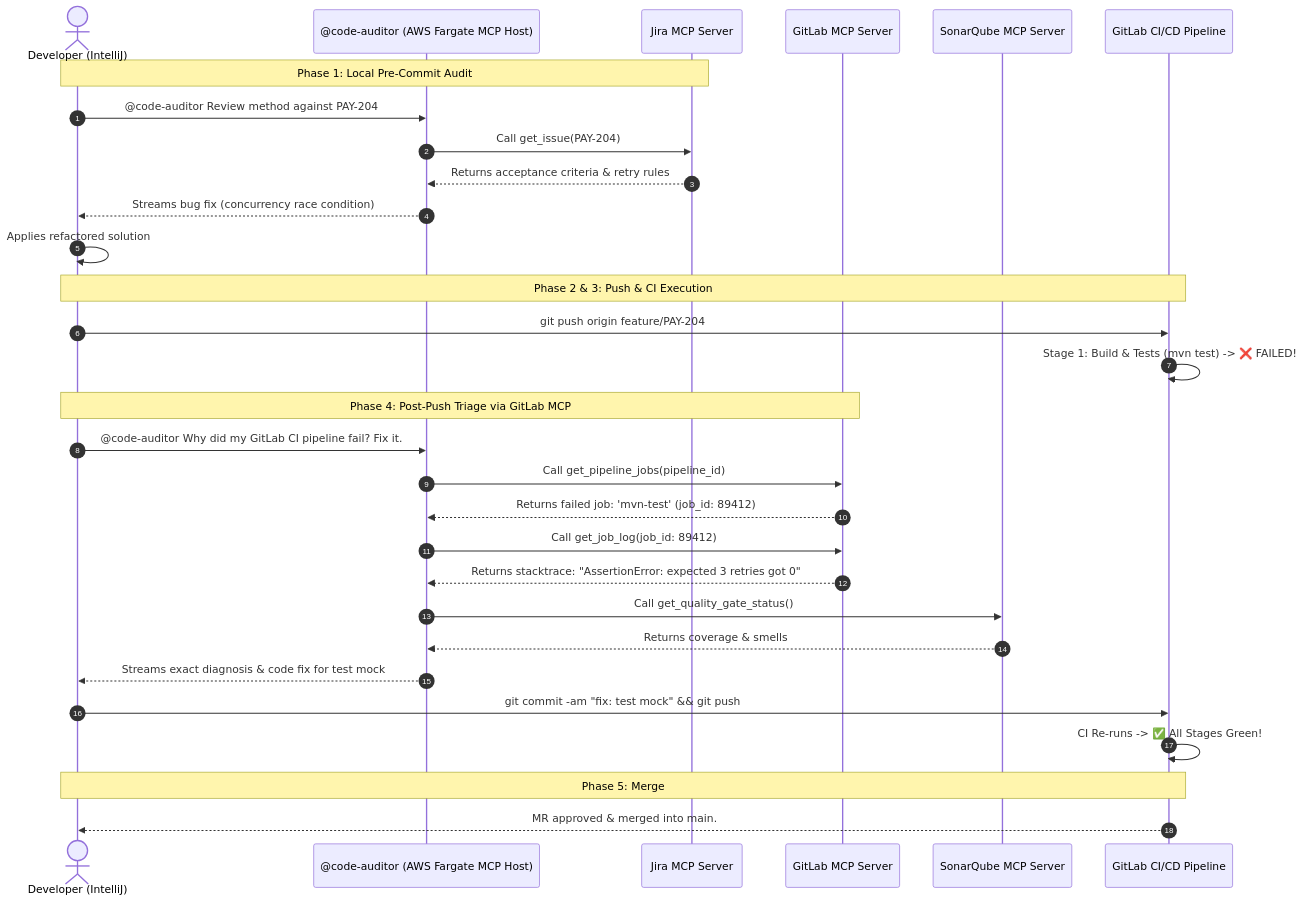
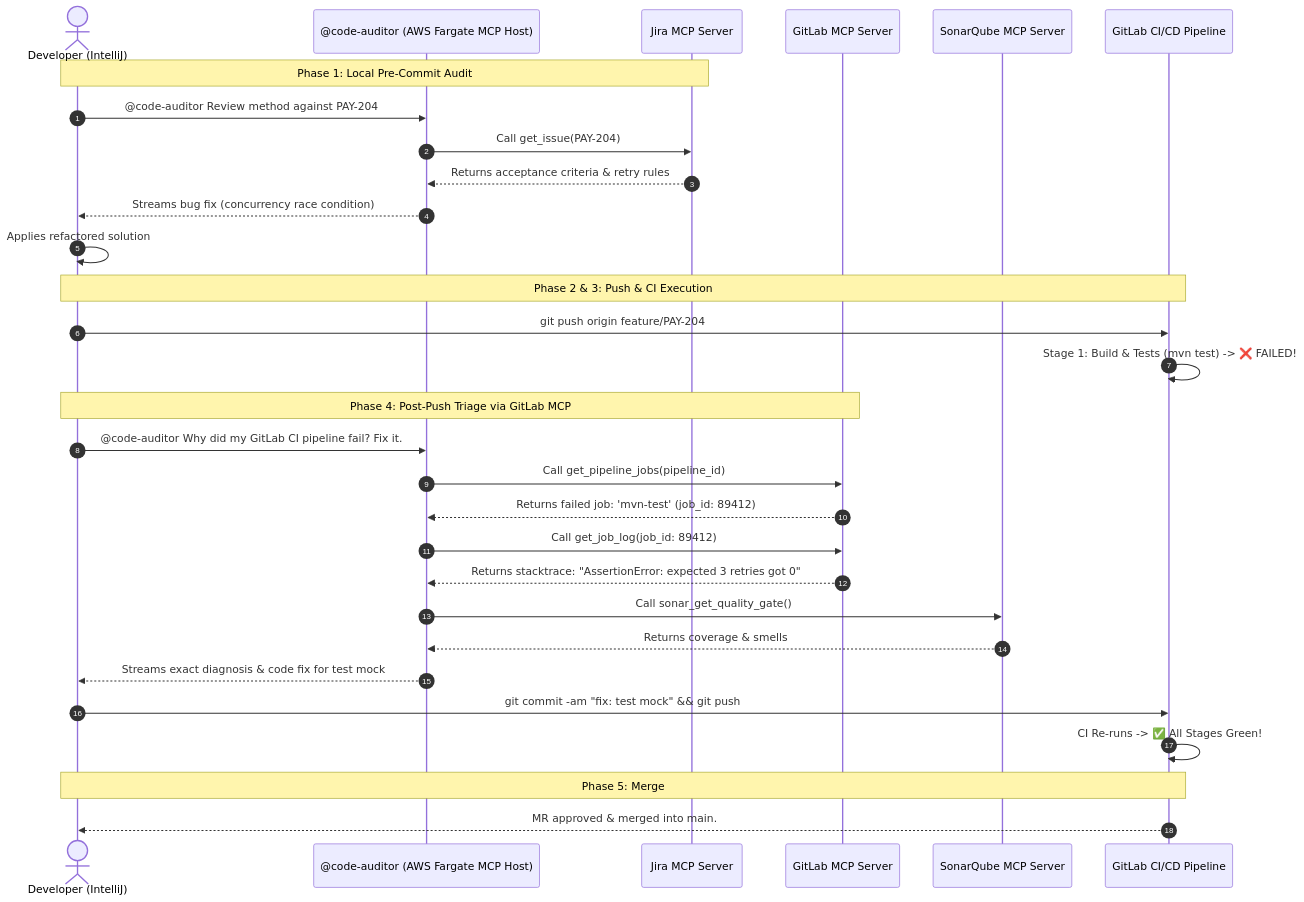
One commit to AtulKumarKatiyar/secure-rag-assistant changed the second of 3 diagrams in ENTERPRISE_MCP_CODE_AUDITOR.md. Above: the diagram before and after it, drawn with Mermaid. The commit also changed other lines of this file, not shown here.

````diff
--- a/ENTERPRISE_MCP_CODE_AUDITOR.md
+++ b/ENTERPRISE_MCP_CODE_AUDITOR.md
@@ -182,36 +287,36 @@
 ```mermaid
 sequenceDiagram
     autonumber
     actor Dev as Developer (IntelliJ)
     participant Agent as @code-auditor (AWS Fargate MCP Host)
     participant JiraMCP as Jira MCP Server
     participant GLMCP as GitLab MCP Server
     participant SonarMCP as SonarQube MCP Server
     participant GLCI as GitLab CI/CD Pipeline
 
     Note over Dev, JiraMCP: Phase 1: Local Pre-Commit Audit
     Dev->>Agent: @code-auditor Review method against PAY-204
     Agent->>JiraMCP: Call get_issue(PAY-204)
     JiraMCP-->>Agent: Returns acceptance criteria & retry rules
     Agent-->>Dev: Streams bug fix (concurrency race condition)
     Dev->>Dev: Applies refactored solution
 
     Note over Dev, GLCI: Phase 2 & 3: Push & CI Execution
     Dev->>GLCI: git push origin feature/PAY-204
     GLCI->>GLCI: Stage 1: Build & Tests (mvn test) -> ❌ FAILED!
 
     Note over Dev, GLMCP: Phase 4: Post-Push Triage via GitLab MCP
     Dev->>Agent: @code-auditor Why did my GitLab CI pipeline fail? Fix it.
     Agent->>GLMCP: Call get_pipeline_jobs(pipeline_id)
     GLMCP-->>Agent: Returns failed job: 'mvn-test' (job_id: 89412)
     Agent->>GLMCP: Call get_job_log(job_id: 89412)
     GLMCP-->>Agent: Returns stacktrace: "AssertionError: expected 3 retries got 0"
-    Agent->>SonarMCP: Call get_quality_gate_status()
+    Agent->>SonarMCP: Call sonar_get_quality_gate()
     SonarMCP-->>Agent: Returns coverage & smells
     Agent-->>Dev: Streams exact diagnosis & code fix for test mock
     Dev->>GLCI: git commit -am "fix: test mock" && git push
     GLCI->>GLCI: CI Re-runs -> ✅ All Stages Green!
 
     Note over Dev, GLCI: Phase 5: Merge
     GLCI-->>Dev: MR approved & merged into main.
 ```
````
